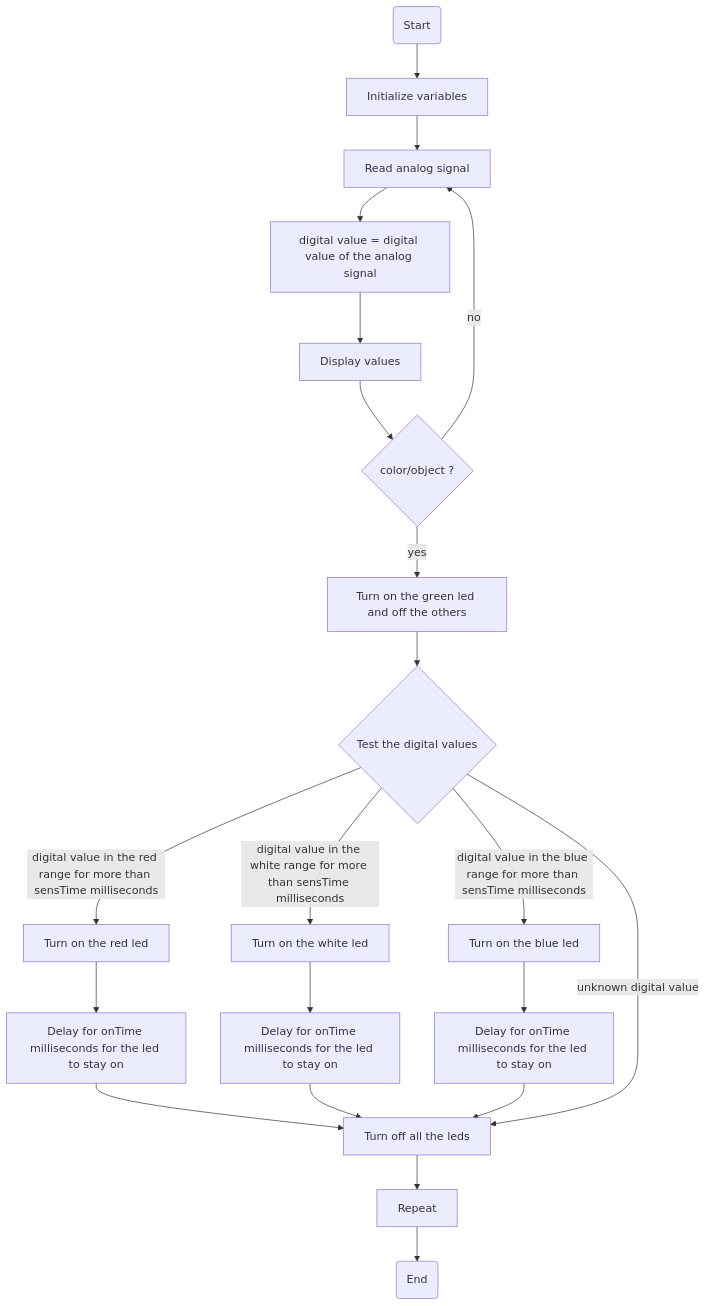
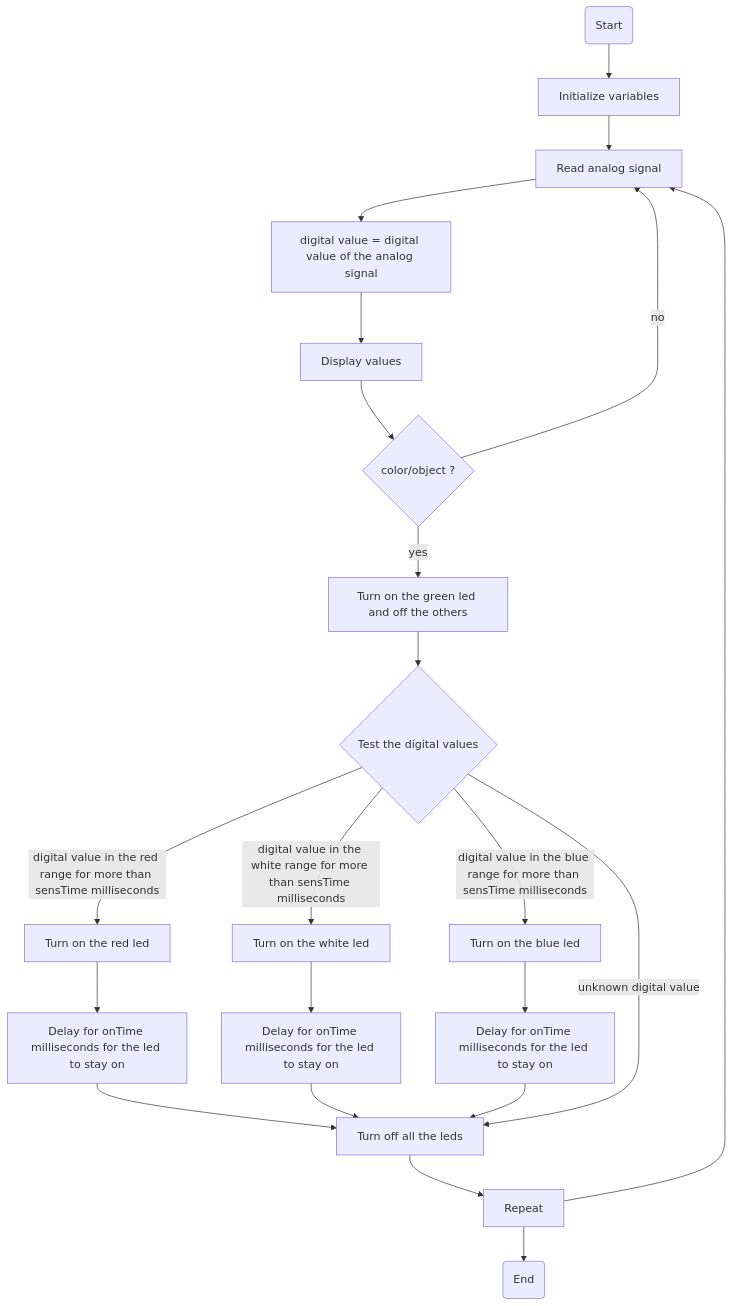
One commit to edt-edu/cps-fischertechnik changed the diagram in hardware/extensions/sl-aduino-adc/docs/README.adoc. Above: the diagram before and after it, drawn with Mermaid.

Commit message:
improved picture

```diff
--- a/hardware/extensions/sl-aduino-adc/docs/README.adoc
+++ b/hardware/extensions/sl-aduino-adc/docs/README.adoc
@@ -112,24 +112,25 @@
 [mermaid]
 ----
 graph TD
-    A(Start) --> B[Initialize variables]
-    B --> C[Read analog signal]
-    C --> D[digital value = digital value of the analog signal]
-    D --> E[Display values]
-    E --> F{color/object ?}
-    F -->|no| C[Read analog signal]
-    F -->|yes| G[Turn on the green led and off the others]
-    G --> H{Test the digital values}
-    H -->|digital value in the red range for more than sensTime milliseconds| I[Turn on the red led]
-    H -->|digital value in the white range for more than sensTime milliseconds| K[Turn on the white led]
-    H -->|digital value in the blue range for more than sensTime milliseconds| M[Turn on the blue led]
-    I --> J[Delay for onTime milliseconds for the led to stay on]
-    K --> L[Delay for onTime milliseconds for the led to stay on]
-    M --> N[Delay for onTime milliseconds for the led to stay on]
-    J --> O[Turn off all the leds]
-    L --> O
-    N --> O
-    H -->|unknown digital value| O
-    O --> P[Repeat]
-    P --> Q(End)
+  A(Start) --> B[Initialize variables]
+  B --> C[Read analog signal]
+  C --> D[digital value = digital value of the analog signal]
+  D --> E[Display values]
+  E --> F{color/object ?}
+  F -->|no| C[Read analog signal]
+  F -->|yes| G[Turn on the green led and off the others]
+  G --> H{Test the digital values}
+  H -->|digital value in the red range for more than sensTime milliseconds| I[Turn on the red led]
+  H -->|digital value in the white range for more than sensTime milliseconds| K[Turn on the white led]
+  H -->|digital value in the blue range for more than sensTime milliseconds| M[Turn on the blue led]
+  I --> J[Delay for onTime milliseconds for the led to stay on]
+  K --> L[Delay for onTime milliseconds for the led to stay on]
+  M --> N[Delay for onTime milliseconds for the led to stay on]
+  J --> O[Turn off all the leds]
+  L --> O
+  N --> O
+  H -->|unknown digital value| O
+  O --> P[Repeat]
+  P --> C
+  P --> Q(End)
 ----
```
